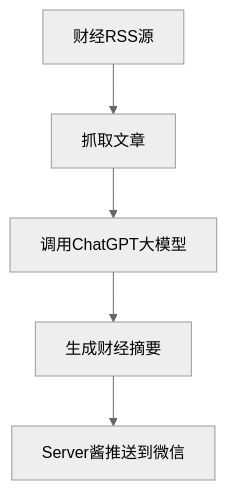
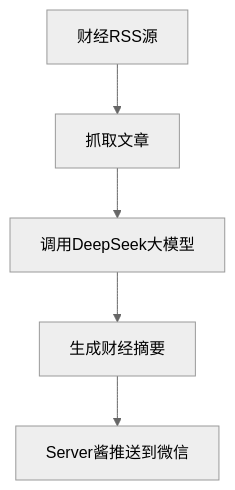
The diagram in README.md (macroswang/FinNewsCollectionBot), drawn with Mermaid (neutral theme) before and after one commit. The commit also changed other lines of this file and 1 other file, not shown here.

````diff
--- a/README.md
+++ b/README.md
@@ -83,7 +83,7 @@
 ```mermaid
 graph TD
   A[财经RSS源] --> B[抓取文章]
-  B --> C[调用ChatGPT大模型]
+  B --> C[调用DeepSeek大模型]
   C --> D[生成财经摘要]
   D --> E[Server酱推送到微信]
 ```
````
